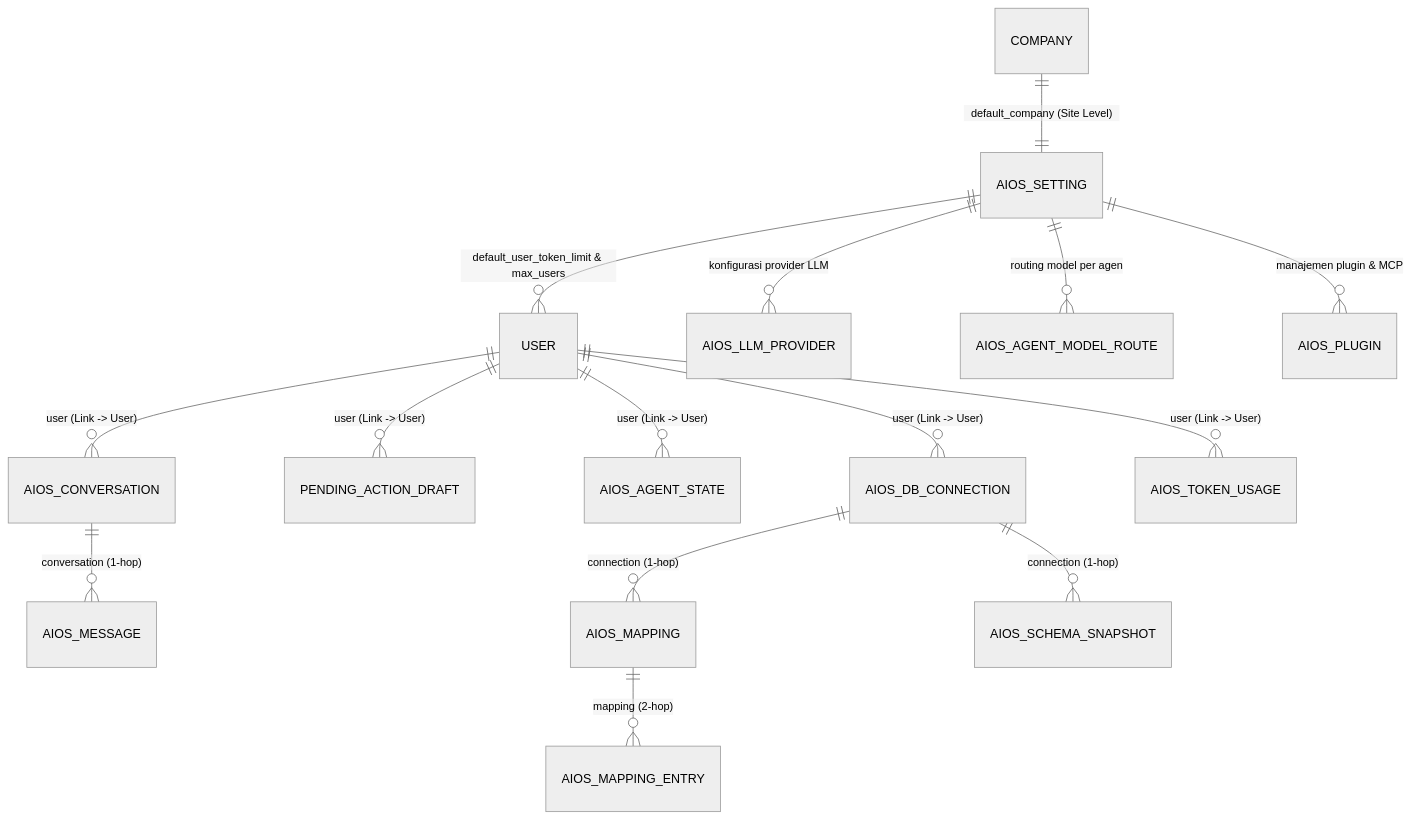
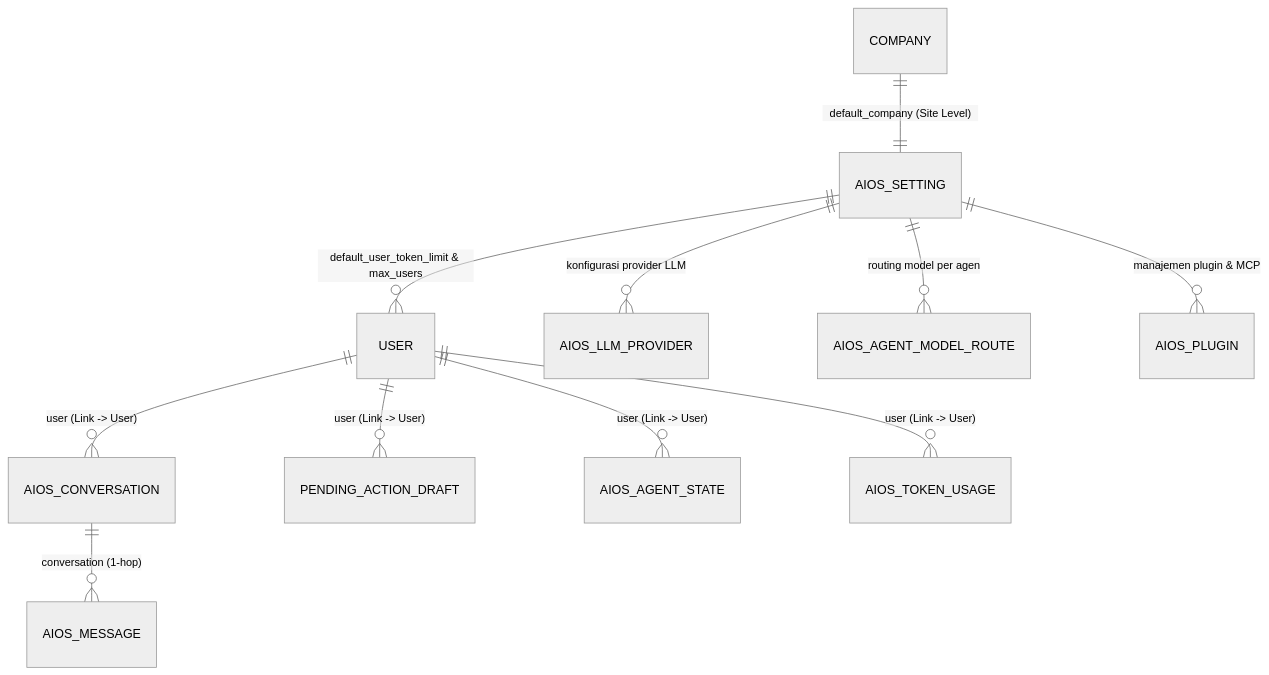
The diagram in docs/03-skema-data-dan-isolasi-multitenant.md (Tenshi1308/aios-frappe-16), drawn with Mermaid (neutral theme) before and after one commit. The commit also changed other lines of this file and 8 other files, not shown here.

````diff
--- a/docs/03-skema-data-dan-isolasi-multitenant.md
+++ b/docs/03-skema-data-dan-isolasi-multitenant.md
@@ -86,17 +88,13 @@
 ```mermaid
 erDiagram
     COMPANY ||--|| AIOS_SETTING : "default_company (Site Level)"
     AIOS_SETTING ||--o{ USER : "default_user_token_limit & max_users"
     USER ||--o{ AIOS_CONVERSATION : "user (Link -> User)"
     USER ||--o{ PENDING_ACTION_DRAFT : "user (Link -> User)"
     USER ||--o{ AIOS_AGENT_STATE : "user (Link -> User)"
-    USER ||--o{ AIOS_DB_CONNECTION : "user (Link -> User)"
     USER ||--o{ AIOS_TOKEN_USAGE : "user (Link -> User)"
     AIOS_CONVERSATION ||--o{ AIOS_MESSAGE : "conversation (1-hop)"
-    AIOS_DB_CONNECTION ||--o{ AIOS_MAPPING : "connection (1-hop)"
-    AIOS_DB_CONNECTION ||--o{ AIOS_SCHEMA_SNAPSHOT : "connection (1-hop)"
-    AIOS_MAPPING ||--o{ AIOS_MAPPING_ENTRY : "mapping (2-hop)"
     AIOS_SETTING ||--o{ AIOS_LLM_PROVIDER : "konfigurasi provider LLM"
     AIOS_SETTING ||--o{ AIOS_AGENT_MODEL_ROUTE : "routing model per agen"
     AIOS_SETTING ||--o{ AIOS_PLUGIN : "manajemen plugin & MCP"
 ```
````
